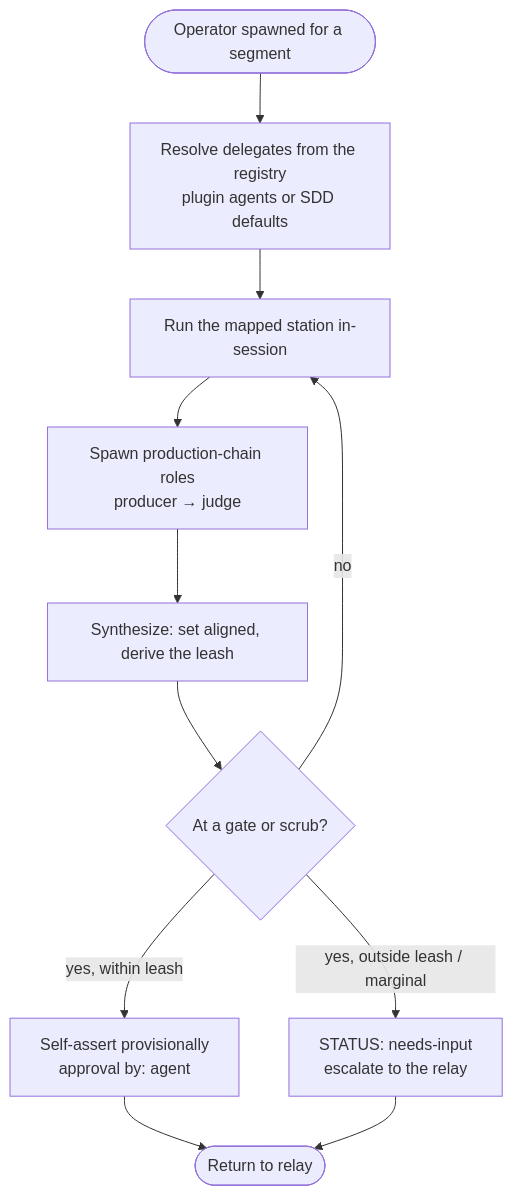
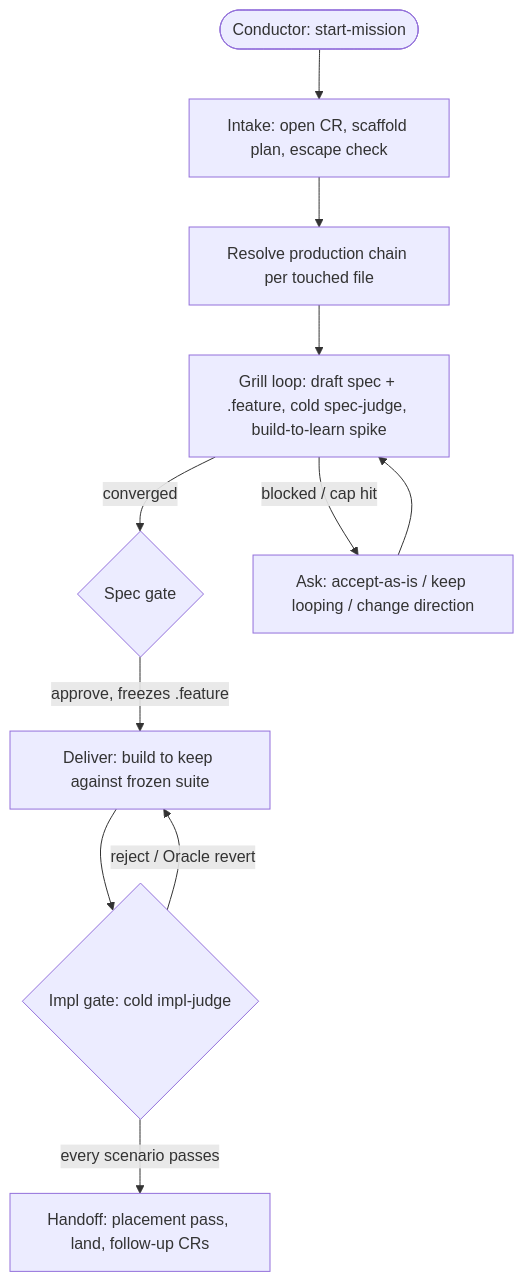
Before and after one commit to cyberuni/cyber-sdd: the second of 3 diagrams in apps/website/src/content/docs/sdd/control-flow.md, drawn with Mermaid. The commit also changed other lines of this file and 2 other files, not shown here.

First line of the commit message:
docs(website): rewrite sdd/ to describe the live conductor architecture

````diff
--- a/apps/website/src/content/docs/sdd/control-flow.md
+++ b/apps/website/src/content/docs/sdd/control-flow.md
@@ -72,13 +53,13 @@
 ```mermaid
 flowchart TD
-  start([Operator spawned for a segment]) --> resolve[Resolve delegates from the registry<br/>plugin agents or SDD defaults]
-  resolve --> run[Run the mapped station in-session]
-  run --> dispatch[Spawn production-chain roles<br/>producer → judge]
-  dispatch --> synth[Synthesize: set aligned, derive the leash]
-  synth --> gate{At a gate or scrub?}
-  gate -->|no| run
-  gate -->|"yes, within leash"| selfassert[Self-assert provisionally<br/>approval by: agent]
-  gate -->|"yes, outside leash / marginal"| escalate[STATUS: needs-input<br/>escalate to the relay]
-  selfassert --> done([Return to relay])
-  escalate --> done
+  start([Conductor: start-mission]) --> intake[Intake: open CR, scaffold plan, escape check]
+  intake --> resolve[Resolve production chain per touched file]
+  resolve --> grill[Grill loop: draft spec + .feature, cold spec-judge, build-to-learn spike]
+  grill -->|converged| gate1{Spec gate}
+  grill -->|blocked / cap hit| ask[Ask: accept-as-is / keep looping / change direction]
+  ask --> grill
+  gate1 -->|approve, freezes .feature| deliver[Deliver: build to keep against frozen suite]
+  deliver --> gate2{Impl gate: cold impl-judge}
+  gate2 -->|every scenario passes| handoff[Handoff: placement pass, land, follow-up CRs]
+  gate2 -->|reject / Oracle revert| deliver
 ```
````
